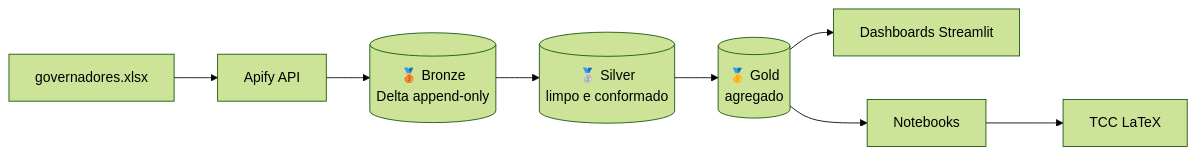
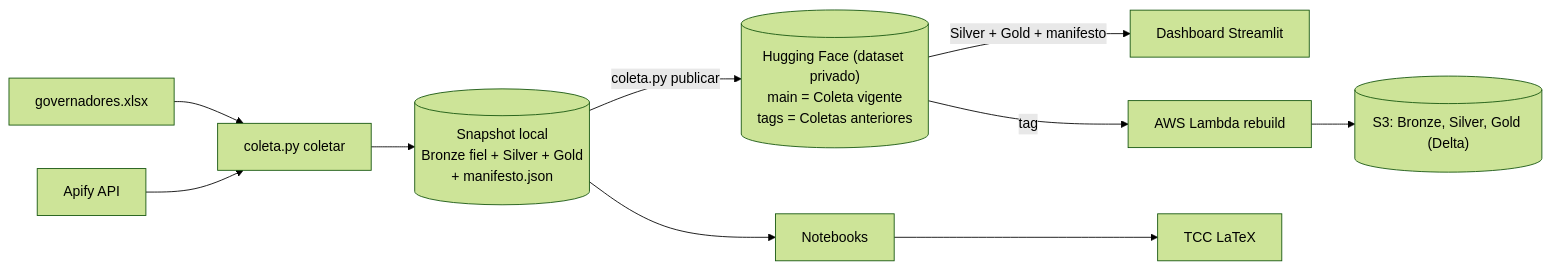
One commit to Vini0606/Tecnicas-de-Ciencia-de-Dados-em-dados-do-Instagram changed the diagram in README.md. Above: the diagram before and after it, drawn with Mermaid (forest theme). The commit also changed other lines of this file and 17 other files, not shown here.

First line of the commit message:
docs: README, dicionario de dados e ADRs refletem Coleta, Bronze fiel e AWS so reconstroi

````diff
--- a/README.md
+++ b/README.md
@@ -185,10 +189,12 @@
 ```mermaid
 flowchart LR
-    G[governadores.xlsx] --> A[Apify API]
-    A --> B[("🥉 Bronze<br/>Delta append-only")]
-    B --> S[("🥈 Silver<br/>limpo e conformado")]
-    S --> O[("🥇 Gold<br/>agregado")]
-    O --> D[Dashboards Streamlit]
-    O --> N[Notebooks]
+    G[governadores.xlsx] --> C["coleta.py coletar"]
+    A[Apify API] --> C
+    C --> S[("Snapshot local<br/>Bronze fiel + Silver + Gold<br/>+ manifesto.json")]
+    S -->|"coleta.py publicar"| H[("Hugging Face (dataset privado)<br/>main = Coleta vigente<br/>tags = Coletas anteriores")]
+    H -->|"Silver + Gold + manifesto"| D[Dashboard Streamlit]
+    H -->|"tag"| R["AWS Lambda rebuild"]
+    R --> B[("S3: Bronze, Silver, Gold (Delta)")]
+    S --> N[Notebooks]
     N --> T[TCC LaTeX]
 ```
````
